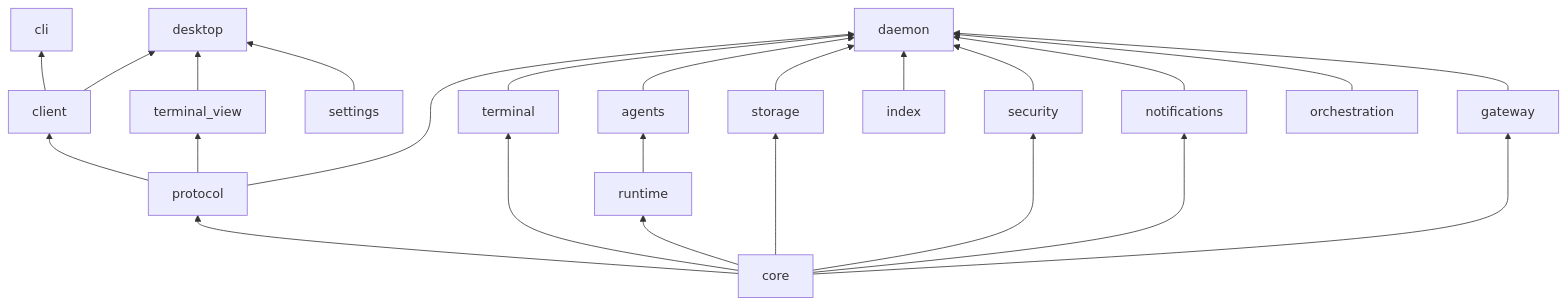
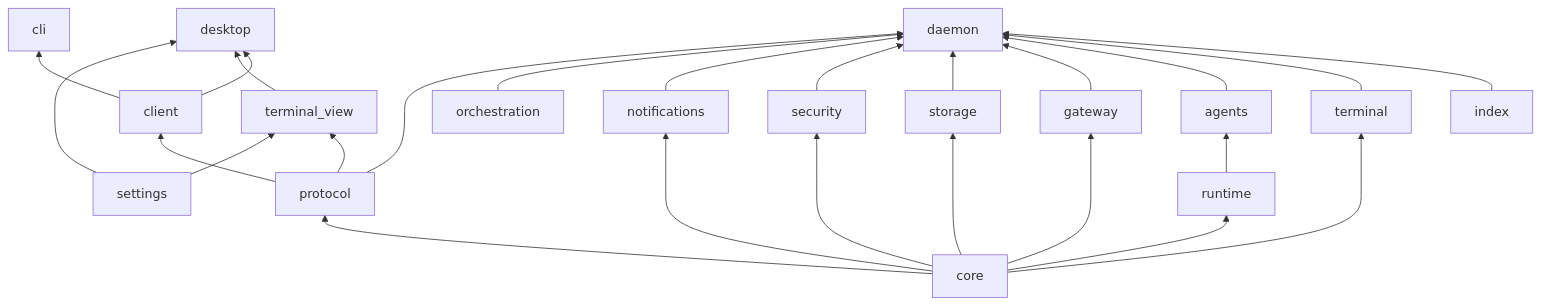
One commit to robertt3kuk/hutan changed the second of 6 diagrams in docs/architecture.md. Above: the diagram before and after it, drawn with Mermaid. The commit also changed other lines of this file and 52 other files, not shown here.

````diff
--- a/docs/architecture.md
+++ b/docs/architecture.md
@@ -55,15 +55,16 @@
 ```mermaid
 flowchart BT
   core --> protocol
   protocol --> client
   client --> cli
   client --> desktop
   protocol --> terminal_view --> desktop
   settings --> desktop
+  settings --> terminal_view
   core --> terminal & runtime & storage & security & notifications
   index --> daemon
   runtime --> agents
   core --> gateway
   terminal & agents & gateway & storage & security & notifications & orchestration --> daemon
   protocol --> daemon
 ```
````
